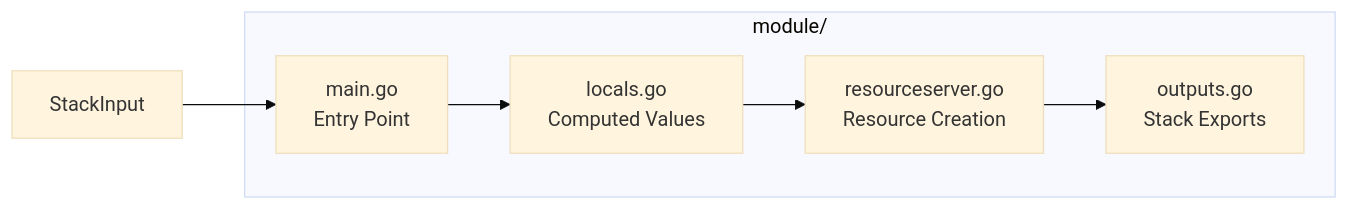
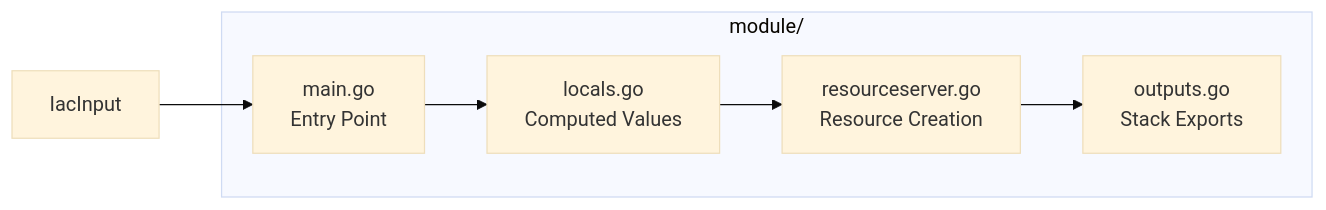
The second of 2 diagrams in _changelog/2026-01/2026-01-10-065012-auth0-resource-server-component.md (plantonhq/planton), drawn with Mermaid (base theme) before and after one commit. The commit also changed other lines of this file and 19058 other files, not shown here.

First line of the commit message:
refactor: one word per idea across the catalog -- catalog kinds and catalog objects, InfraComponent, InfraStack, InfraJob, IacInput and Outputs

````diff
--- a/_changelog/2026-01/2026-01-10-065012-auth0-resource-server-component.md
+++ b/_changelog/2026-01/2026-01-10-065012-auth0-resource-server-component.md
@@ -119,14 +119,14 @@
 ```mermaid
 flowchart LR
     subgraph "module/"
         MAIN[main.go<br/>Entry Point]
         LOCALS[locals.go<br/>Computed Values]
         RS[resourceserver.go<br/>Resource Creation]
         OUT[outputs.go<br/>Stack Exports]
     end
 
-    INPUT[StackInput] --> MAIN
+    INPUT[IacInput] --> MAIN
     MAIN --> LOCALS
     LOCALS --> RS
     RS --> OUT
 ```
````
